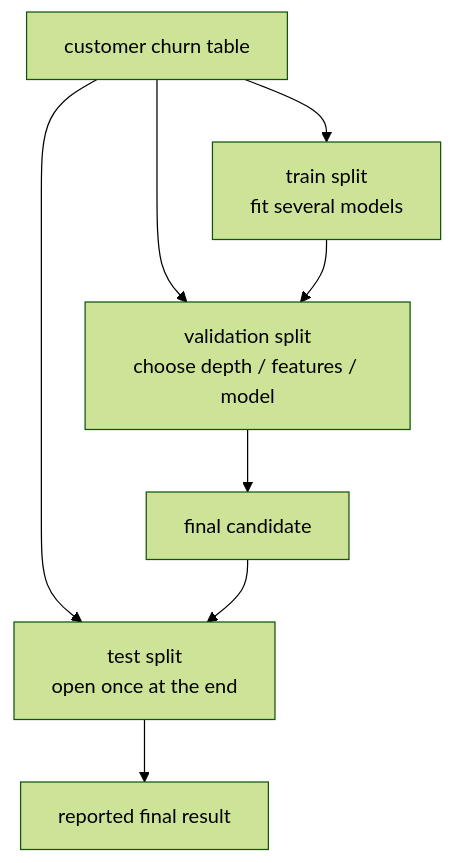
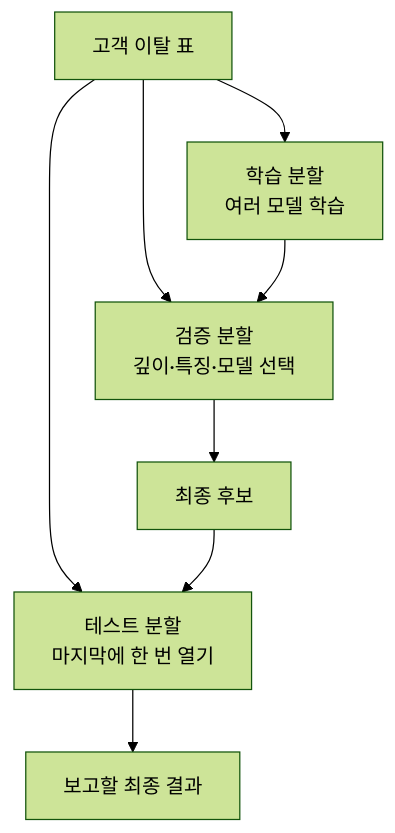
One commit to devchan64/AiBook changed the third of 3 diagrams in docs/parts/part-04/chapter-04/section-02.md. Above: the diagram before and after it, drawn with Mermaid (forest theme). The commit also changed other lines of this file and 72 other files, not shown here.

````diff
--- a/docs/parts/part-04/chapter-04/section-02.md
+++ b/docs/parts/part-04/chapter-04/section-02.md
@@ -218,17 +218,17 @@
 ```mermaid
 flowchart TD
-  A["customer churn table"]
-  B["train split<br/>fit several models"]
-  C["validation split<br/>choose depth / features / model"]
-  D["final candidate"]
-  E["test split<br/>open once at the end"]
-  F["reported final result"]
+  A["고객 이탈 표"]
+  B["학습 분할<br/>여러 모델 학습"]
+  C["검증 분할<br/>깊이·특징·모델 선택"]
+  D["최종 후보"]
+  E["테스트 분할<br/>마지막에 한 번 열기"]
+  F["보고할 최종 결과"]
 
   A --> B
   A --> C
   A --> E
   B --> C
   C --> D
   D --> E
   E --> F
 ```
````
